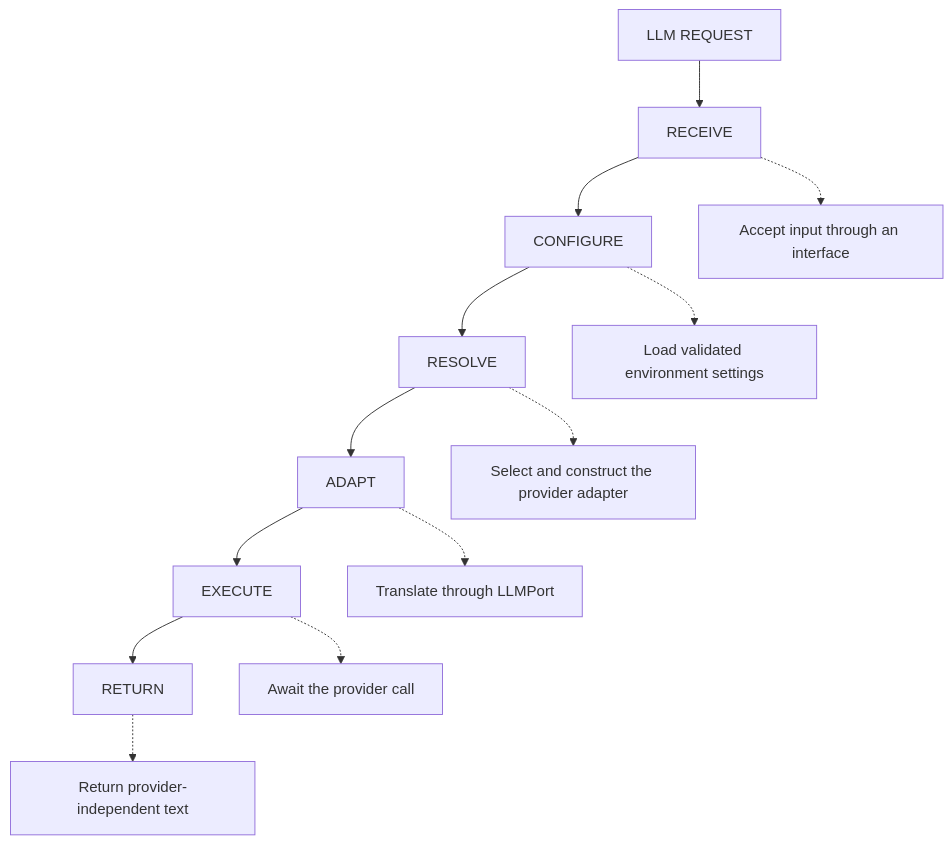
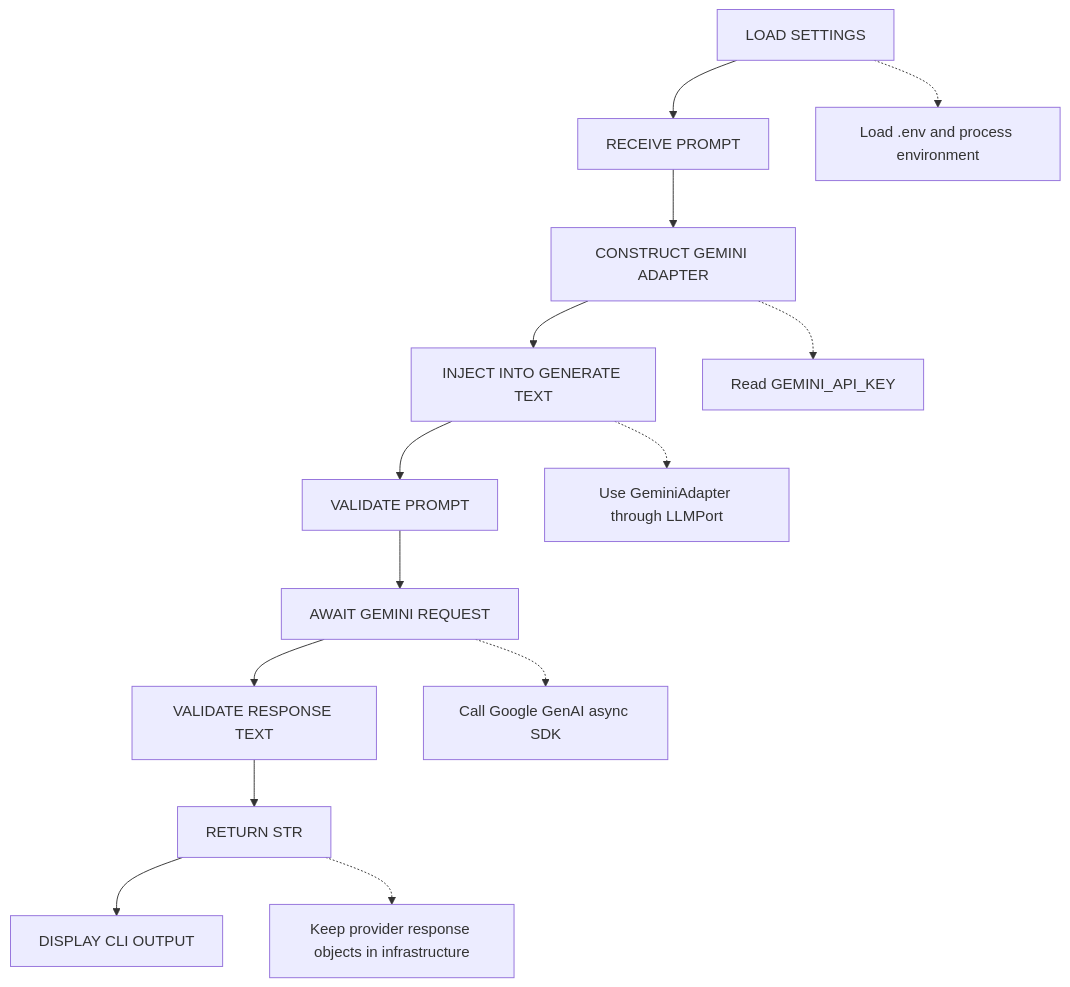
One commit to mzaid-dev/Bro_to_FAANG-exe changed diagram 24 of 24 in 1_Bro_Became_AI_Engineer/01_Daily_Learning/Week_01/03_Provider_Adapter/Project/llm_gateway/docs/LLM_Gateway_Engineering_Project_Note.md. Above: the diagram before and after it, drawn with Mermaid. The commit also changed other lines of this file and 4 other files, not shown here.

````diff
--- a/1_Bro_Became_AI_Engineer/01_Daily_Learning/Week_01/03_Provider_Adapter/Project/llm_gateway/docs/LLM_Gateway_Engineering_Project_Note.md
+++ b/1_Bro_Became_AI_Engineer/01_Daily_Learning/Week_01/03_Provider_Adapter/Project/llm_gateway/docs/LLM_Gateway_Engineering_Project_Note.md
@@ -1363,16 +1297,17 @@
 ```mermaid
 flowchart TD
-    A["LLM REQUEST"] --> B["RECEIVE"]
-    B --> C["CONFIGURE"]
-    C --> D["RESOLVE"]
-    D --> E["ADAPT"]
-    E --> F["EXECUTE"]
-    F --> G["RETURN"]
+    A["LOAD SETTINGS"] --> B["RECEIVE PROMPT"]
+    B --> C["CONSTRUCT GEMINI ADAPTER"]
+    C --> D["INJECT INTO GENERATE TEXT"]
+    D --> E["VALIDATE PROMPT"]
+    E --> F["AWAIT GEMINI REQUEST"]
+    F --> G["VALIDATE RESPONSE TEXT"]
+    G --> H["RETURN STR"]
+    H --> I["DISPLAY CLI OUTPUT"]
 
-    B -.-> B1["Accept input through an interface"]
-    C -.-> C1["Load validated environment settings"]
-    D -.-> D1["Select and construct the provider adapter"]
-    E -.-> E1["Translate through LLMPort"]
-    F -.-> F1["Await the provider call"]
-    G -.-> G1["Return provider-independent text"]
+    A -.-> A1["Load .env and process environment"]
+    C -.-> C1["Read GEMINI_API_KEY"]
+    D -.-> D1["Use GeminiAdapter through LLMPort"]
+    F -.-> F1["Call Google GenAI async SDK"]
+    H -.-> H1["Keep provider response objects in infrastructure"]
 ```
````
